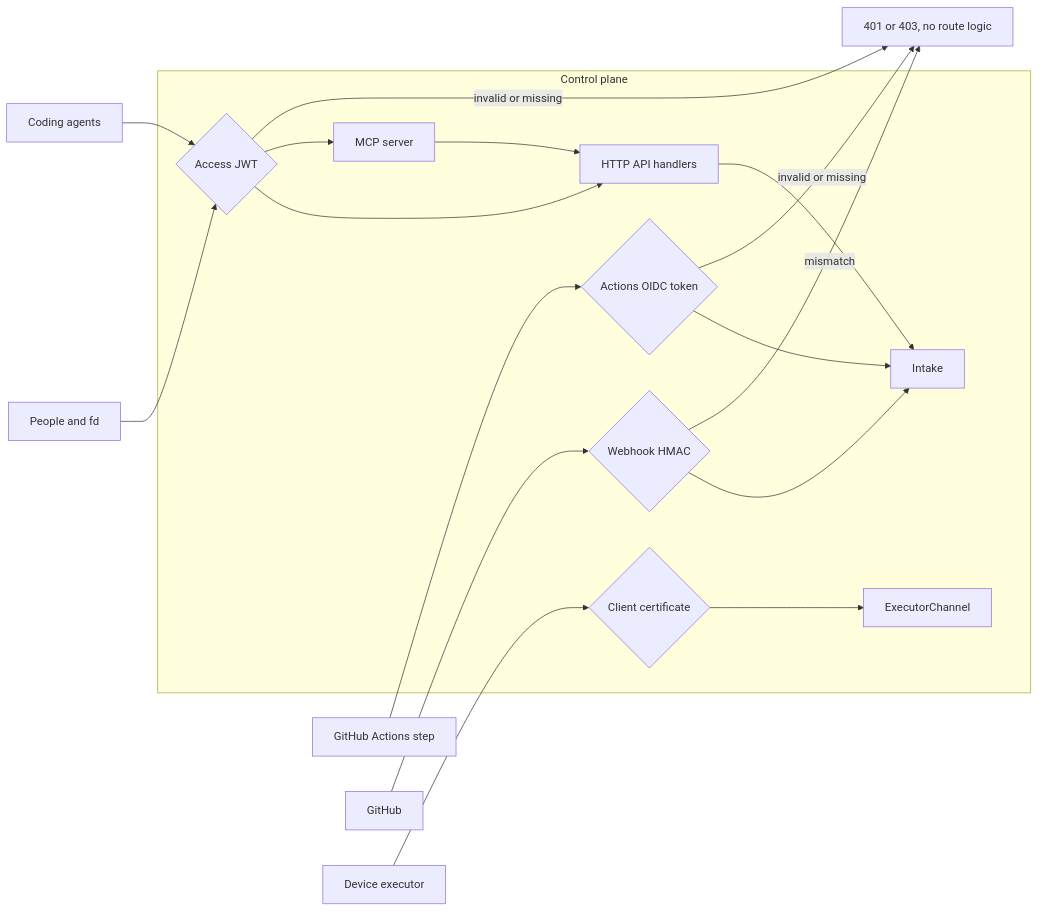
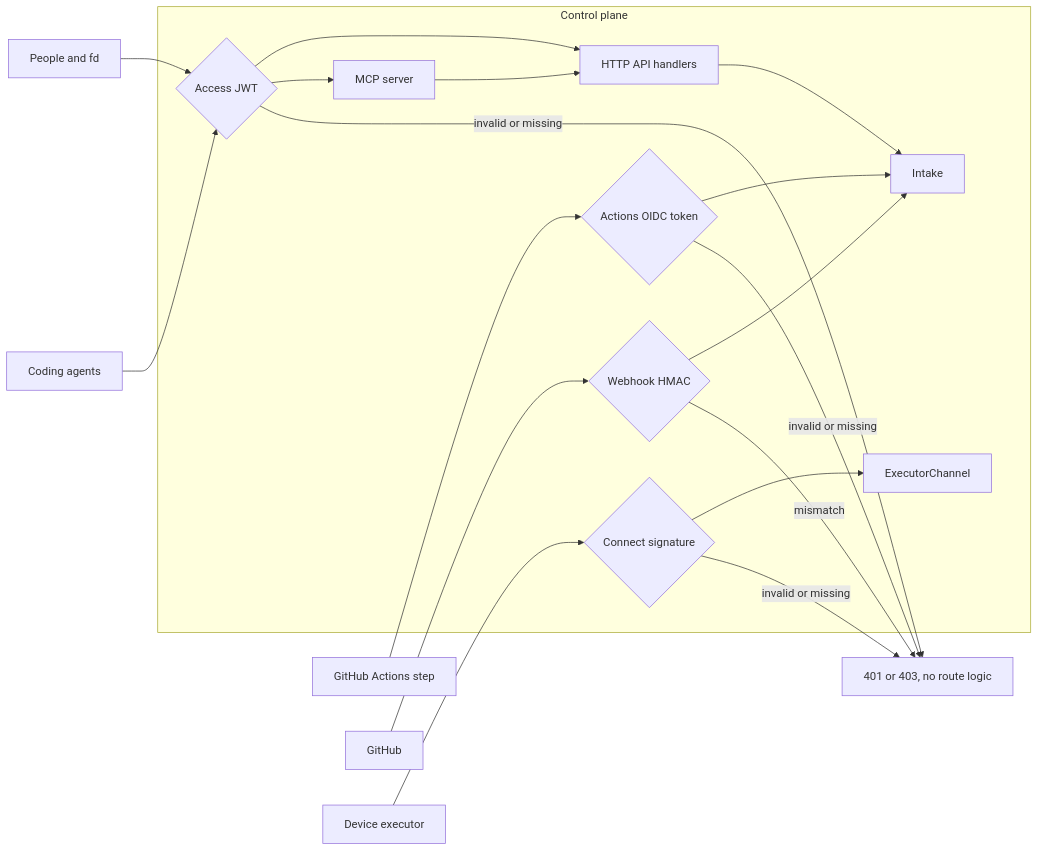
Before and after one commit to fractalboxdev/flare-dispatch: the first of 5 diagrams in specs/interfaces.md, drawn with Mermaid. The commit also changed other lines of this file and 6 other files, not shown here.

Commit message:
specs: a device connects on a connect-signed upgrade and enrolls through registerDevice

````diff
--- a/specs/interfaces.md
+++ b/specs/interfaces.md
@@ -43,40 +44,41 @@
 ```mermaid
 flowchart LR
   accTitle: Surfaces and the identity gate each passes
   people[People and fd]
   gha[GitHub Actions step]
   gh[GitHub]
   agents[Coding agents]
   agentd[Device executor]
   subgraph cp[Control plane]
     access{Access JWT}
     oidc{Actions OIDC token}
     hmac{Webhook HMAC}
-    mtls{Client certificate}
+    upgrade{Connect signature}
     api[HTTP API handlers]
     mcp[MCP server]
     intake[Intake]
     hub[ExecutorChannel]
   end
   people --> access
   agents --> access
   gha --> oidc
   gh --> hmac
-  agentd --> mtls
+  agentd --> upgrade
   access --> api
   access --> mcp
   oidc --> intake
   api --> intake
   mcp --> api
   hmac --> intake
-  mtls --> hub
+  upgrade --> hub
   access e1@-->|invalid or missing| deny[401 or 403, no route logic]
   oidc e2@-->|invalid or missing| deny
   hmac e3@-->|mismatch| deny
+  upgrade e4@-->|invalid or missing| deny
   class people,gha,agents accent
   class gh,agentd muted
-  class access,oidc,hmac,mtls warn
+  class access,oidc,hmac,upgrade warn
   class deny danger
   class cp group
-  class e1,e2,e3 failure
+  class e1,e2,e3,e4 failure
 ```
````
